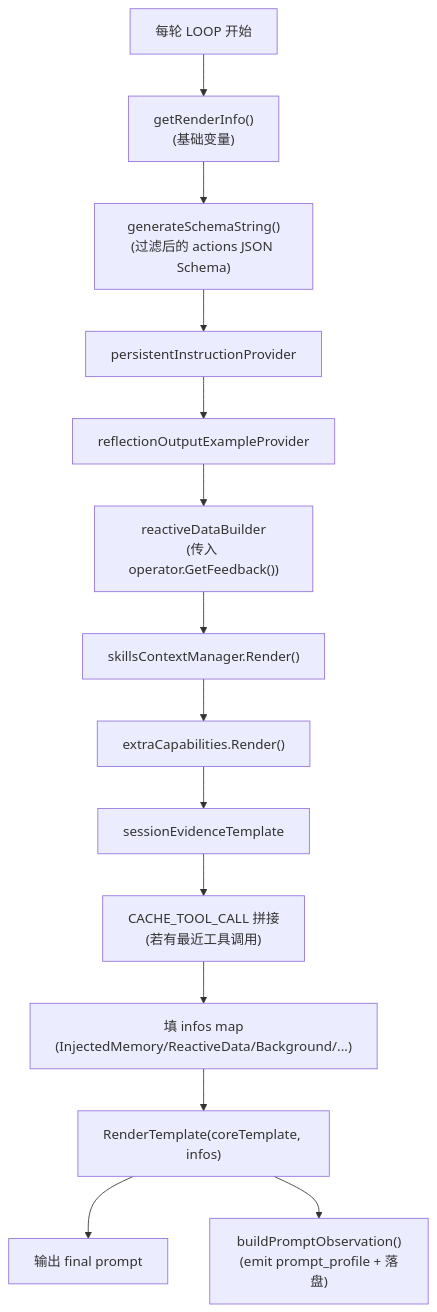
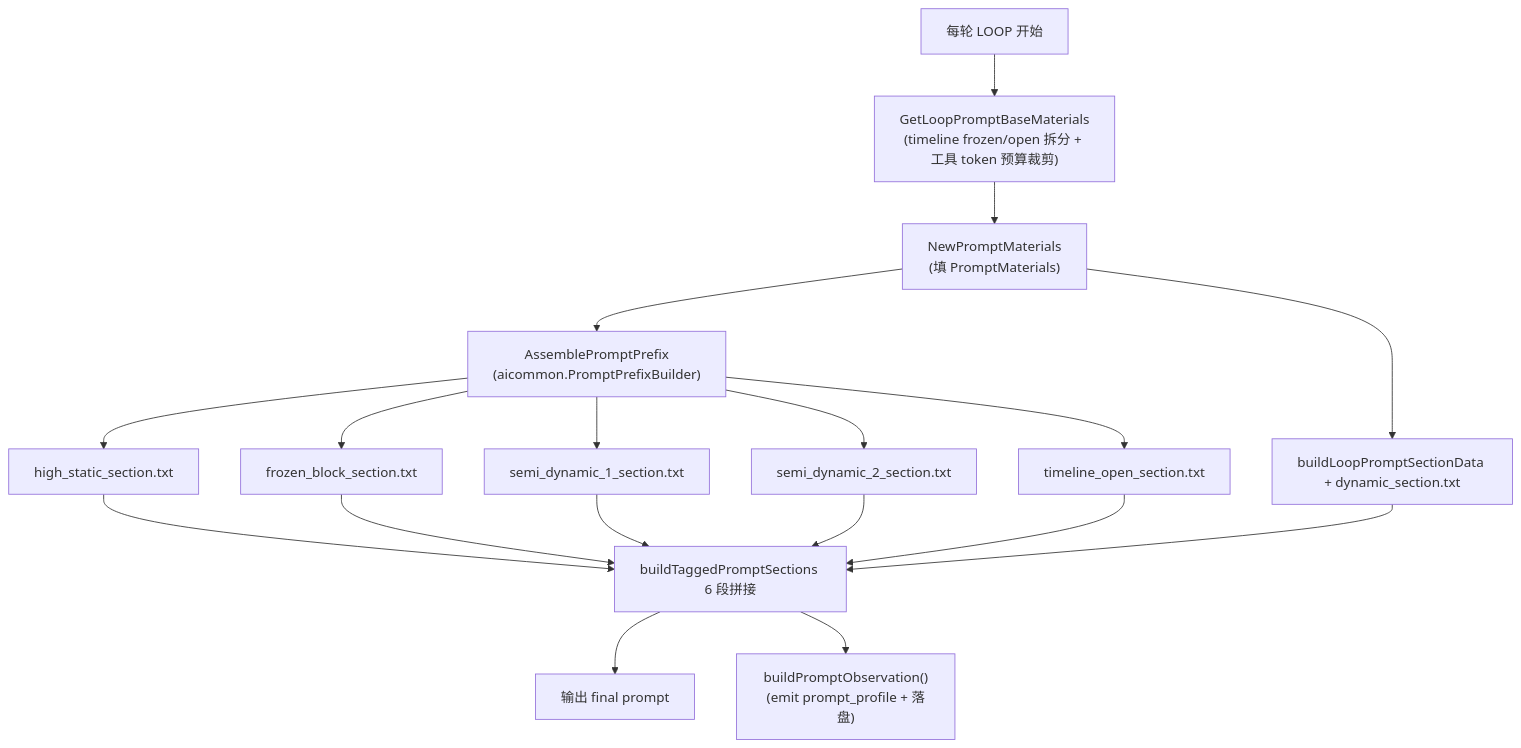
The first of 2 diagrams in common/ai/aid/aireact/reactloops/docs/03-prompt-system.md (yaklang/yaklang), drawn with Mermaid before and after one commit. The commit also changed other lines of this file and 18 other files, not shown here.

````diff
--- a/common/ai/aid/aireact/reactloops/docs/03-prompt-system.md
+++ b/common/ai/aid/aireact/reactloops/docs/03-prompt-system.md
@@ -18,16 +18,20 @@
 ```mermaid
 flowchart TD
-    A["每轮 LOOP 开始"] --> B["getRenderInfo()<br/>(基础变量)"]
-    B --> C["generateSchemaString()<br/>(过滤后的 actions JSON Schema)"]
-    C --> D["persistentInstructionProvider"]
-    D --> E["reflectionOutputExampleProvider"]
-    E --> F["reactiveDataBuilder<br/>(传入 operator.GetFeedback())"]
-    F --> G["skillsContextManager.Render()"]
-    G --> H["extraCapabilities.Render()"]
-    H --> I["sessionEvidenceTemplate"]
-    I --> J["CACHE_TOOL_CALL 拼接<br/>(若有最近工具调用)"]
-    J --> K["填 infos map<br/>(InjectedMemory/ReactiveData/Background/...)"]
-    K --> L["RenderTemplate(coreTemplate, infos)"]
-    L --> M["输出 final prompt"]
-    L --> N["buildPromptObservation()<br/>(emit prompt_profile + 落盘)"]
+    A["每轮 LOOP 开始"] --> B["GetLoopPromptBaseMaterials<br/>(timeline frozen/open 拆分 + 工具 token 预算裁剪)"]
+    B --> C["NewPromptMaterials<br/>(填 PromptMaterials)"]
+    C --> D["AssemblePromptPrefix<br/>(aicommon.PromptPrefixBuilder)"]
+    D --> D1["high_static_section.txt"]
+    D --> D2["frozen_block_section.txt"]
+    D --> D3["semi_dynamic_1_section.txt"]
+    D --> D4["semi_dynamic_2_section.txt"]
+    D --> D5["timeline_open_section.txt"]
+    C --> E["buildLoopPromptSectionData + dynamic_section.txt"]
+    D1 --> F["buildTaggedPromptSections 6 段拼接"]
+    D2 --> F
+    D3 --> F
+    D4 --> F
+    D5 --> F
+    E --> F
+    F --> G["输出 final prompt"]
+    F --> H["buildPromptObservation()<br/>(emit prompt_profile + 落盘)"]
 ```
````
